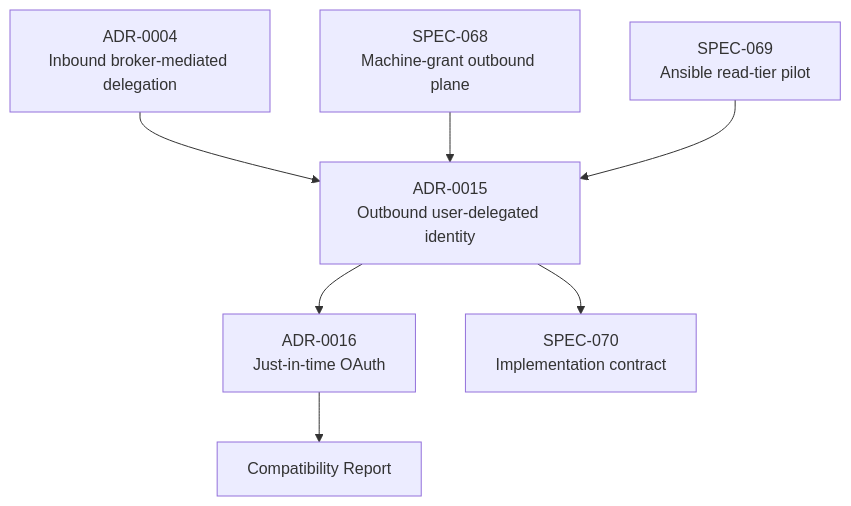
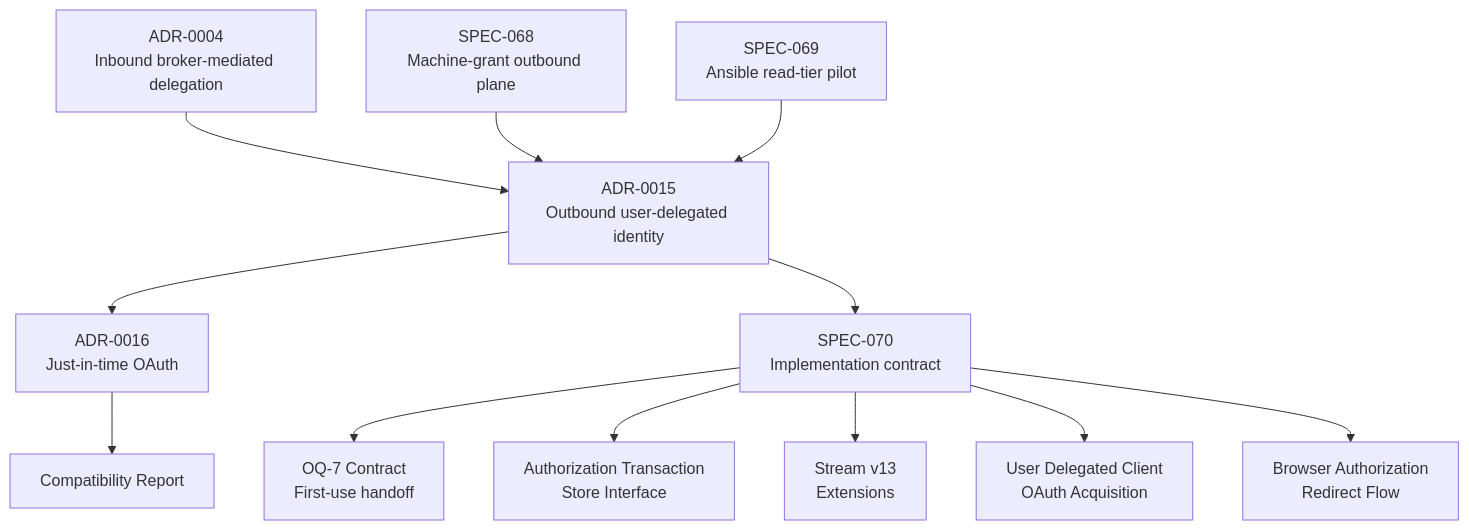
One commit to metasync/luban-aiops changed the ninth of 9 diagrams in .qoder/repowiki/en/content/Platform Overview/ADR-0015_ Outbound User-Delegated Identity via Per-User OAuth.md. Above: the diagram before and after it, drawn with Mermaid. The commit also changed other lines of this file and 215 other files, not shown here.

````diff
--- a/.qoder/repowiki/en/content/Platform Overview/ADR-0015_ Outbound User-Delegated Identity via Per-User OAuth.md
+++ b/.qoder/repowiki/en/content/Platform Overview/ADR-0015_ Outbound User-Delegated Identity via Per-User OAuth.md
@@ -274,16 +445,26 @@
 ```mermaid
 graph TB
 ADR0004["ADR-0004<br/>Inbound broker-mediated delegation"]
 SPEC068["SPEC-068<br/>Machine-grant outbound plane"]
 SPEC069["SPEC-069<br/>Ansible read-tier pilot"]
 ADR0015["ADR-0015<br/>Outbound user-delegated identity"]
 ADR0016["ADR-0016<br/>Just-in-time OAuth"]
 SPEC070["SPEC-070<br/>Implementation contract"]
 COMPAT["Compatibility Report"]
+OQ7["OQ-7 Contract<br/>First-use handoff"]
+AT["Authorization Transaction<br/>Store Interface"]
+STREAM["Stream v13<br/>Extensions"]
+UDC["User Delegated Client<br/>OAuth Acquisition"]
+BR["Browser Authorization<br/>Redirect Flow"]
 ADR0004 --> ADR0015
 SPEC068 --> ADR0015
 SPEC069 --> ADR0015
 ADR0015 --> ADR0016
 ADR0016 --> COMPAT
 ADR0015 --> SPEC070
+SPEC070 --> OQ7
+SPEC070 --> AT
+SPEC070 --> STREAM
+SPEC070 --> UDC
+SPEC070 --> BR
 ```
````
